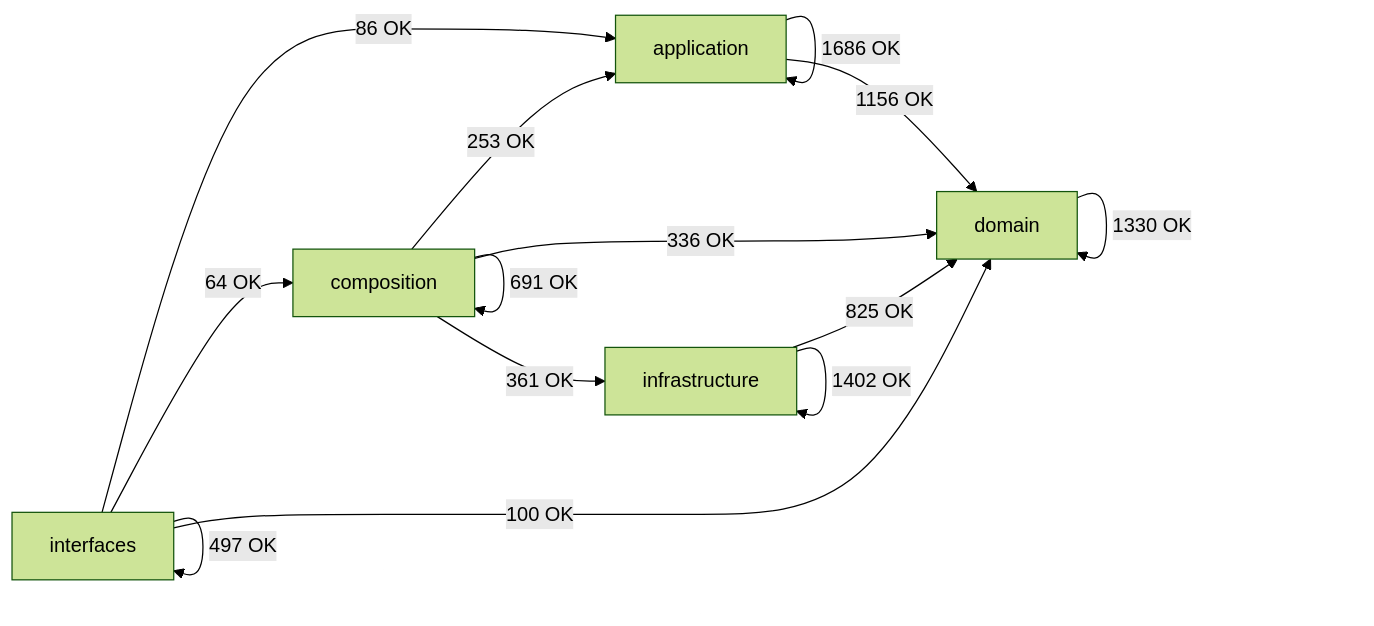
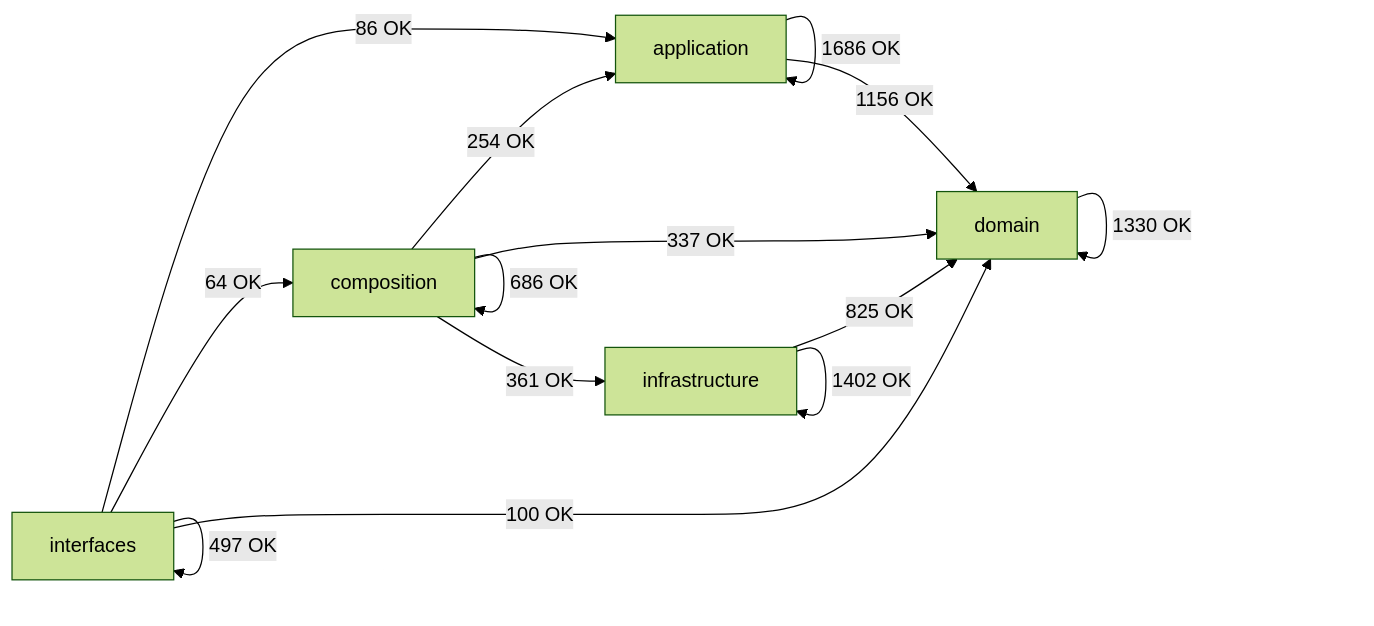
One commit to SatoryKono/BioactivityDataAcquisition changed the diagram in docs/02-architecture/generated/module-dependency-map.md. Above: the diagram before and after it, drawn with Mermaid (forest theme). The commit also changed other lines of this file and 98 other files, not shown here.

````diff
--- a/docs/02-architecture/generated/module-dependency-map.md
+++ b/docs/02-architecture/generated/module-dependency-map.md
@@ -17,21 +17,21 @@
 ```mermaid
 flowchart LR
     domain[domain]
     application[application]
     infrastructure[infrastructure]
     composition[composition]
     interfaces[interfaces]
     application -->|1686 OK| application
     application -->|1156 OK| domain
-    composition -->|253 OK| application
-    composition -->|691 OK| composition
-    composition -->|336 OK| domain
+    composition -->|254 OK| application
+    composition -->|686 OK| composition
+    composition -->|337 OK| domain
     composition -->|361 OK| infrastructure
     domain -->|1330 OK| domain
     infrastructure -->|825 OK| domain
     infrastructure -->|1402 OK| infrastructure
     interfaces -->|86 OK| application
     interfaces -->|64 OK| composition
     interfaces -->|100 OK| domain
     interfaces -->|497 OK| interfaces
 ```
````
